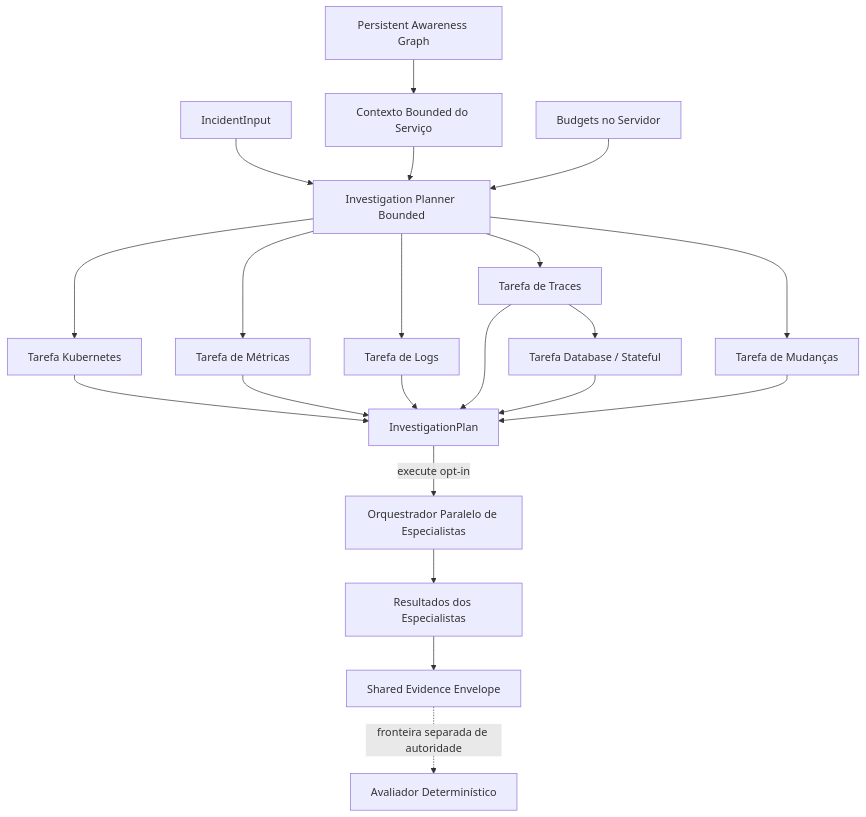
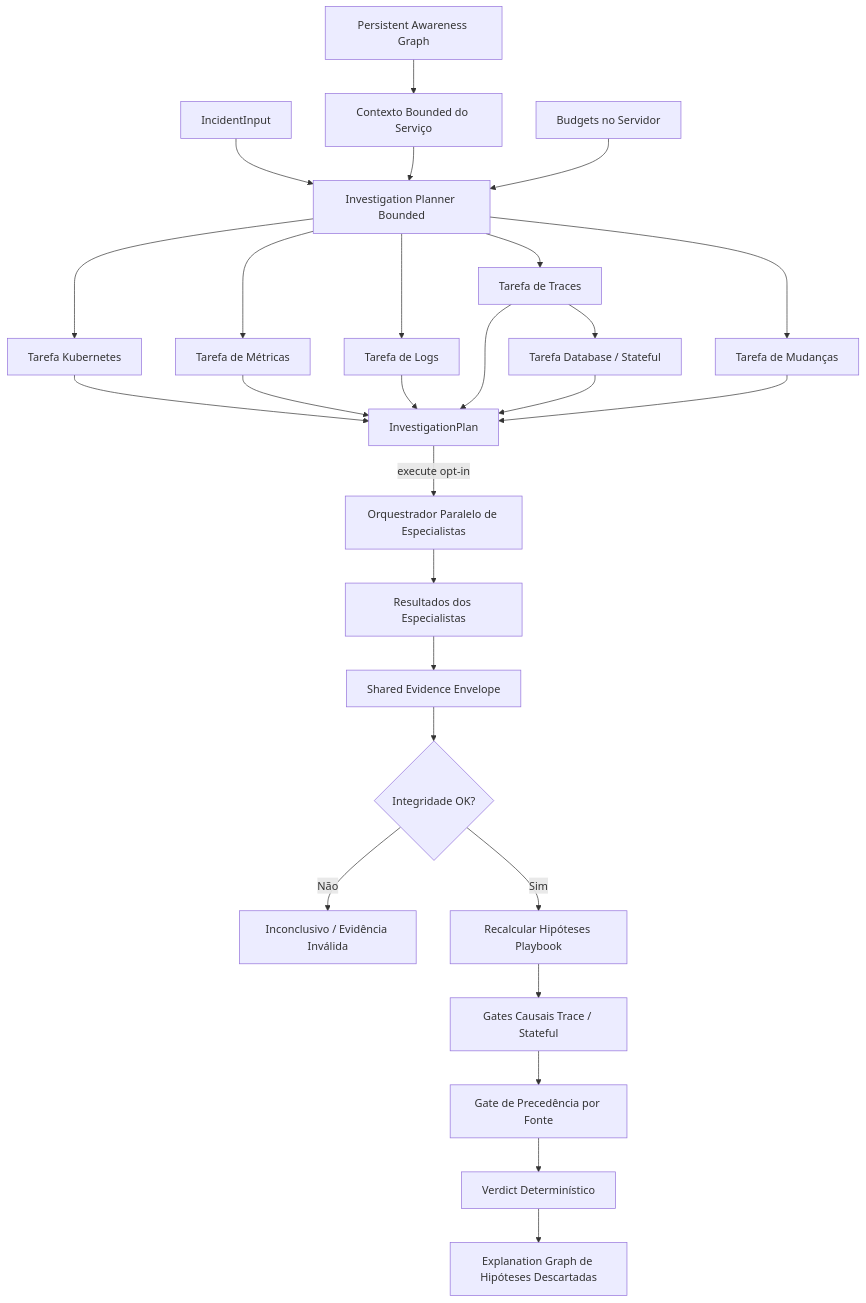
Before and after one commit to marcocristofolini/ai-sre-rca: the diagram in docs/agentic-investigation.pt-BR.md, drawn with Mermaid. The commit also changed other lines of this file, not shown here.

```diff
--- a/docs/agentic-investigation.pt-BR.md
+++ b/docs/agentic-investigation.pt-BR.md
@@ -31,26 +31,32 @@
 ~~~mermaid
 flowchart TD
     I[IncidentInput] --> P[Investigation Planner Bounded]
     G[Persistent Awareness Graph] --> C[Contexto Bounded do Serviço]
     C --> P
     S[Budgets no Servidor] --> P
 
     P --> K[Tarefa Kubernetes]
     P --> M[Tarefa de Métricas]
     P --> L[Tarefa de Logs]
     P --> T[Tarefa de Traces]
     T --> D[Tarefa Database / Stateful]
     P --> CH[Tarefa de Mudanças]
 
     K --> OUT[InvestigationPlan]
     M --> OUT
     L --> OUT
     T --> OUT
     D --> OUT
     CH --> OUT
 
     OUT -->|execute opt-in| ORCH[Orquestrador Paralelo de Especialistas]
     ORCH --> SE[Resultados dos Especialistas]
     SE --> EV[Shared Evidence Envelope]
-    EV -. fronteira separada de autoridade .-> DET[Avaliador Determinístico]
+    EV --> HASH{Integridade OK?}
+    HASH -->|Não| FAIL[Inconclusivo / Evidência Inválida]
+    HASH -->|Sim| SCORE[Recalcular Hipóteses Playbook]
+    SCORE --> CAUSAL[Gates Causais Trace / Stateful]
+    CAUSAL --> PRE[Gate de Precedência por Fonte]
+    PRE --> DET[Verdict Determinístico]
+    DET --> EX[Explanation Graph de Hipóteses Descartadas]
 ~~~
```
